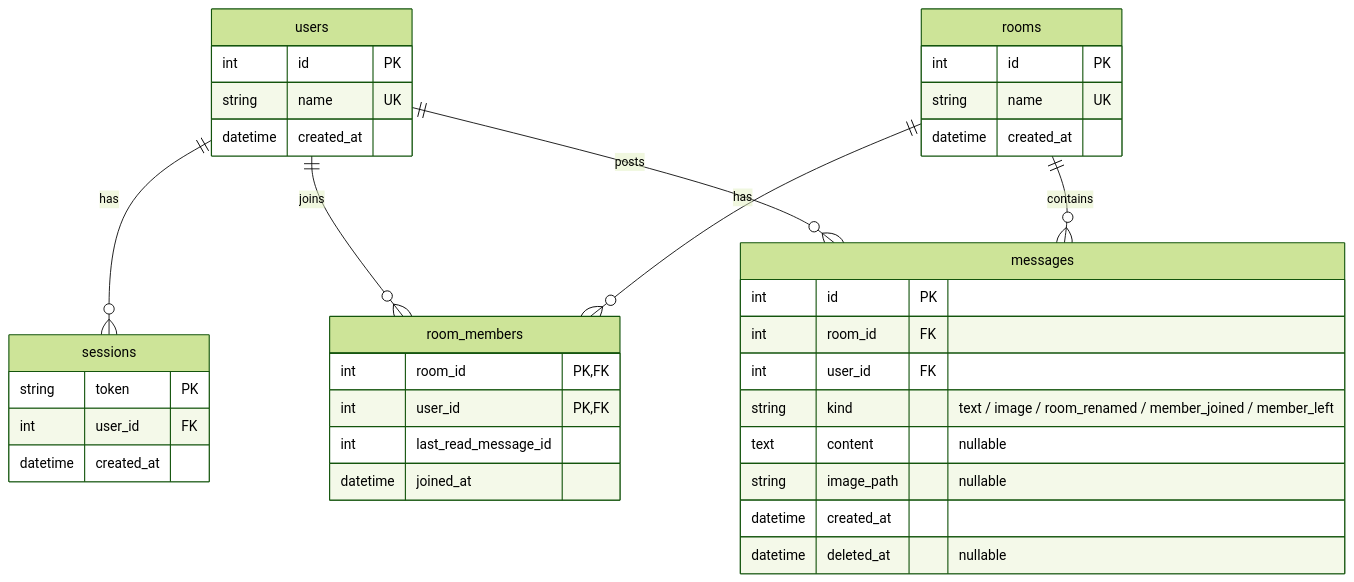
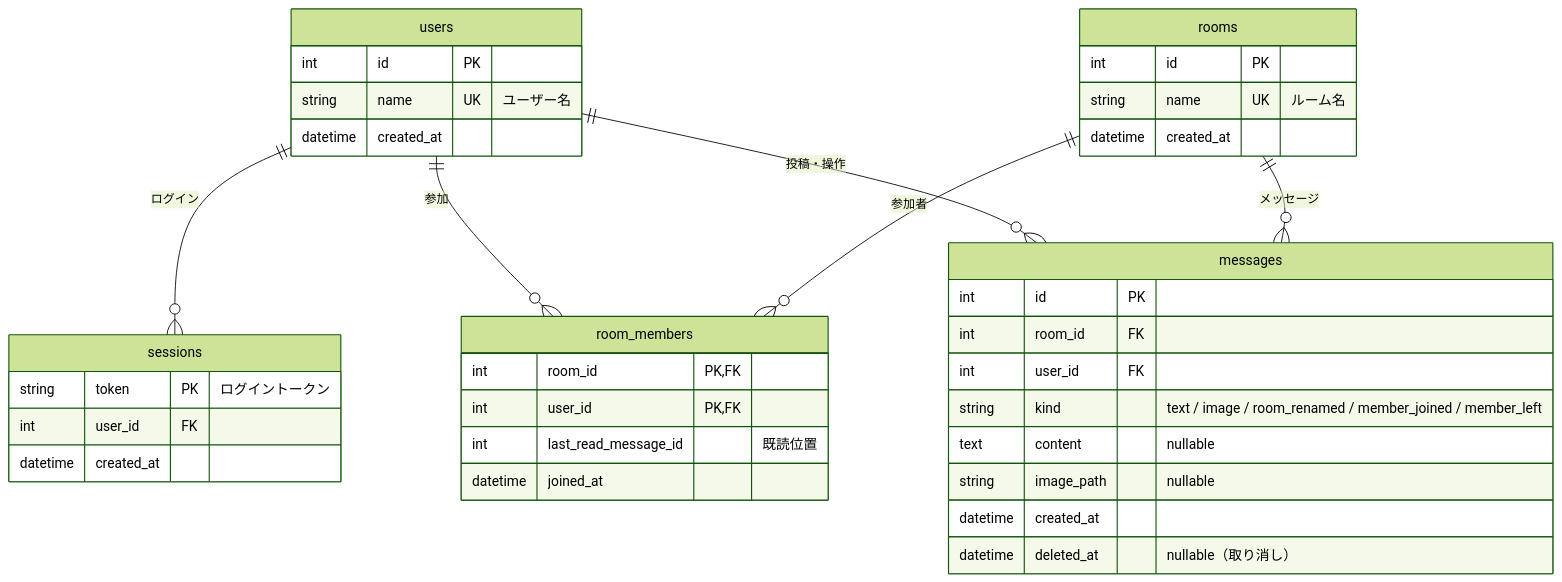
One commit to kakeru64-wq/Simple-Chat-App changed the fourth of 4 diagrams in README.md. Above: the diagram before and after it, drawn with Mermaid (forest theme). The commit also changed other lines of this file, not shown here.

````diff
--- a/README.md
+++ b/README.md
@@ -142,40 +252,40 @@
 ```mermaid
 erDiagram
-    users ||--o{ sessions : has
-    users ||--o{ room_members : joins
-    rooms ||--o{ room_members : has
-    users ||--o{ messages : posts
-    rooms ||--o{ messages : contains
+    users ||--o{ sessions : "ログイン"
+    users ||--o{ room_members : "参加"
+    rooms ||--o{ room_members : "参加者"
+    users ||--o{ messages : "投稿・操作"
+    rooms ||--o{ messages : "メッセージ"
 
     users {
         int id PK
-        string name UK
+        string name UK "ユーザー名"
         datetime created_at
     }
     sessions {
-        string token PK
+        string token PK "ログイントークン"
         int user_id FK
         datetime created_at
     }
     rooms {
         int id PK
-        string name UK
+        string name UK "ルーム名"
         datetime created_at
     }
     room_members {
         int room_id PK, FK
         int user_id PK, FK
-        int last_read_message_id
+        int last_read_message_id "既読位置"
         datetime joined_at
     }
     messages {
         int id PK
         int room_id FK
         int user_id FK
         string kind "text / image / room_renamed / member_joined / member_left"
         text content "nullable"
         string image_path "nullable"
         datetime created_at
-        datetime deleted_at "nullable"
+        datetime deleted_at "nullable（取り消し）"
     }
 ```
````
